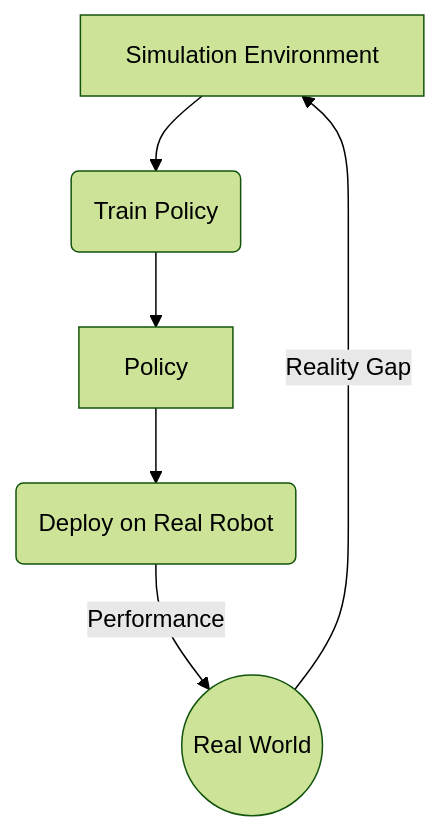
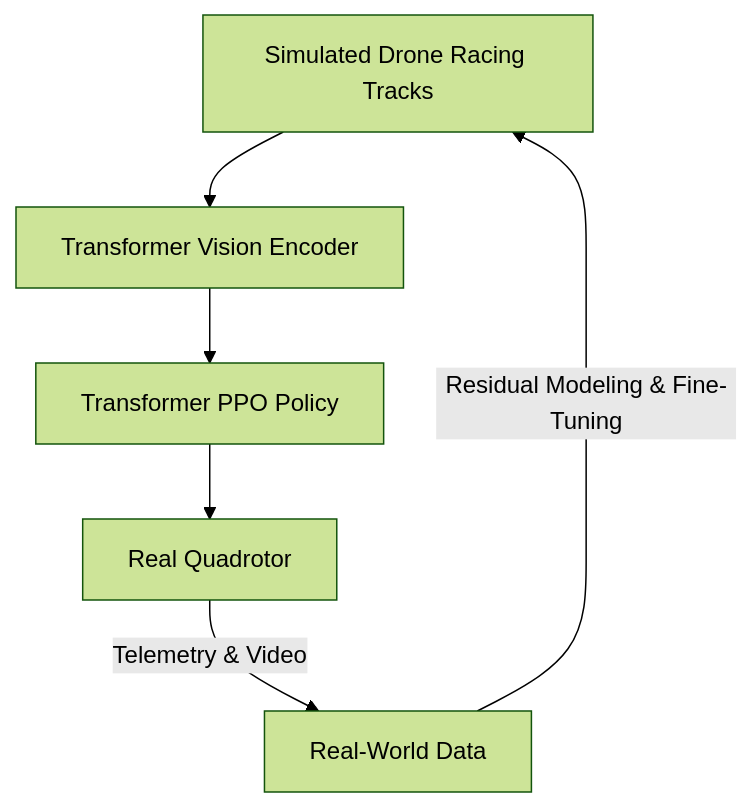
One commit to Hong-yiii/about-me changed the third of 3 diagrams in _posts/Reinforcement_Learning.md. Above: the diagram before and after it, drawn with Mermaid (forest theme). The commit also changed other lines of this file and 3 other files, not shown here.

````diff
--- a/_posts/Reinforcement_Learning.md
+++ b/_posts/Reinforcement_Learning.md
@@ -196,8 +209,8 @@
 ```mermaid
 graph TD
-    Sim[Simulation Environment] --> Train(Train Policy);
-    Train --> Policy;
-    Policy --> Deploy(Deploy on Real Robot);
-    Deploy -- Performance --> RealWorld((Real World));
-    RealWorld -- Reality Gap --> Sim;
+    Sim[Simulated Drone Racing Tracks] --> Vision[Transformer Vision Encoder];
+    Vision --> Policy[Transformer PPO Policy];
+    Policy --> Drone[Real Quadrotor];
+    Drone -- Telemetry & Video --> Data[Real-World Data];
+    Data -- Residual Modeling & Fine-Tuning --> Sim;
 ```
````
